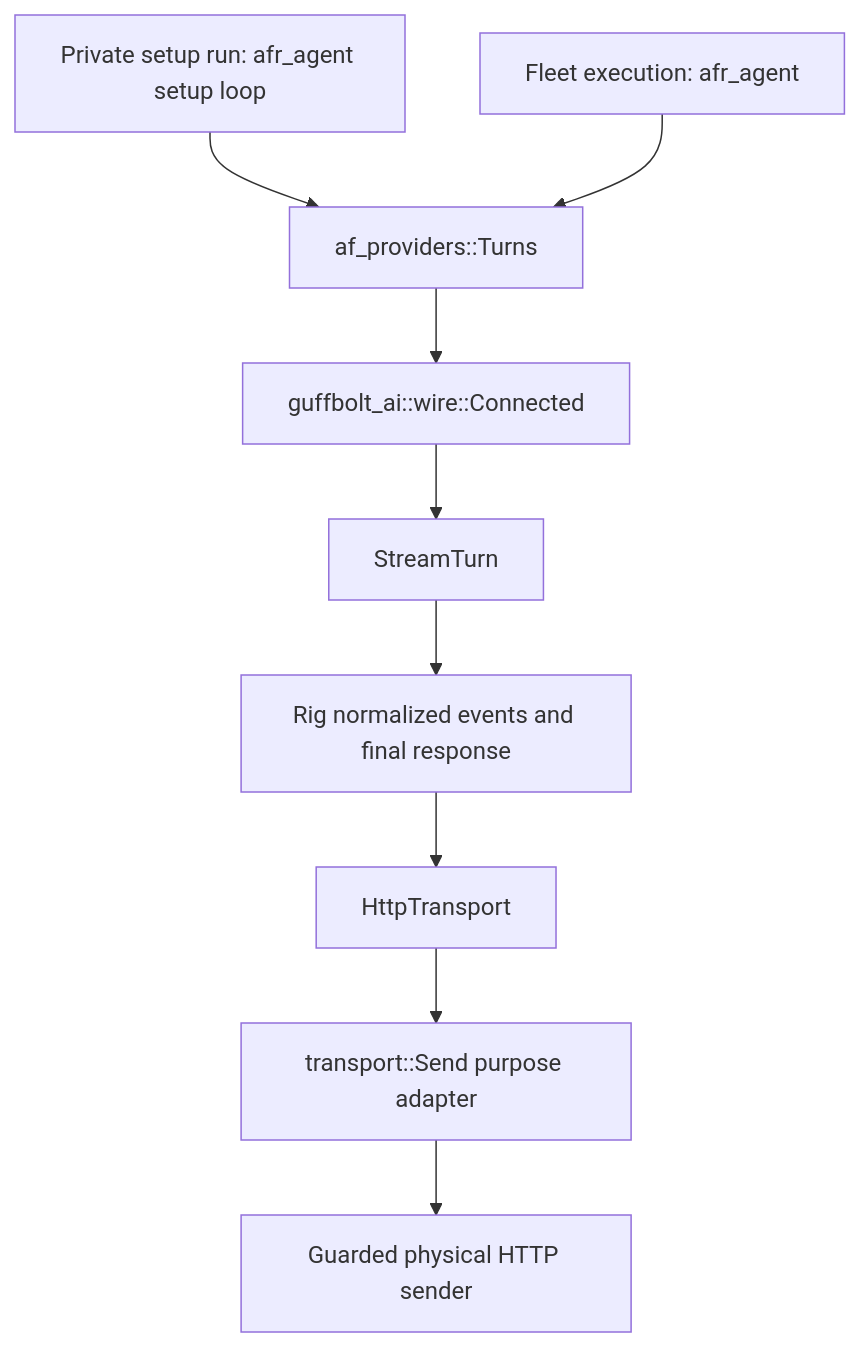
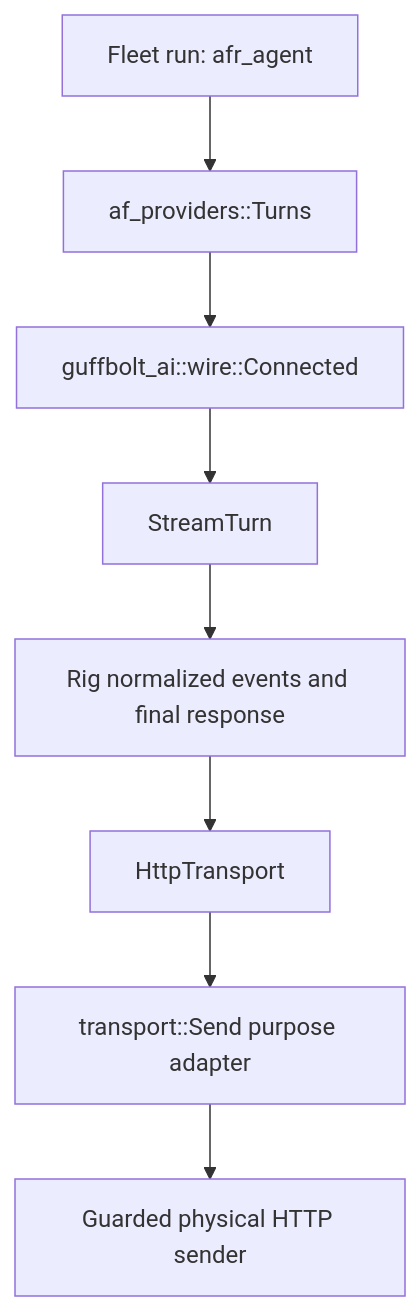
Before and after one commit to agentsfleet/agentsfleet: the first of 2 diagrams in docs/architecture/shared_chat_verification.md, drawn with Mermaid. The commit also changed other lines of this file and 39 other files, not shown here.

First line of the commit message:
docs(architecture): a fleet is a chat from its first message (M256_001)

````diff
--- a/docs/architecture/shared_chat_verification.md
+++ b/docs/architecture/shared_chat_verification.md
@@ -26,11 +25,10 @@
 ```mermaid
 flowchart TD
-    A[Private setup run: afr_agent setup loop] --> E[af_providers::Turns]
-    D[Fleet execution: afr_agent] --> E
+    D[Fleet run: afr_agent] --> E[af_providers::Turns]
     E --> F[guffbolt_ai::wire::Connected]
     F --> K[StreamTurn]
     K --> G[Rig normalized events and final response]
     G --> H[HttpTransport]
     H --> I[transport::Send purpose adapter]
     I --> J[Guarded physical HTTP sender]
 ```
````
